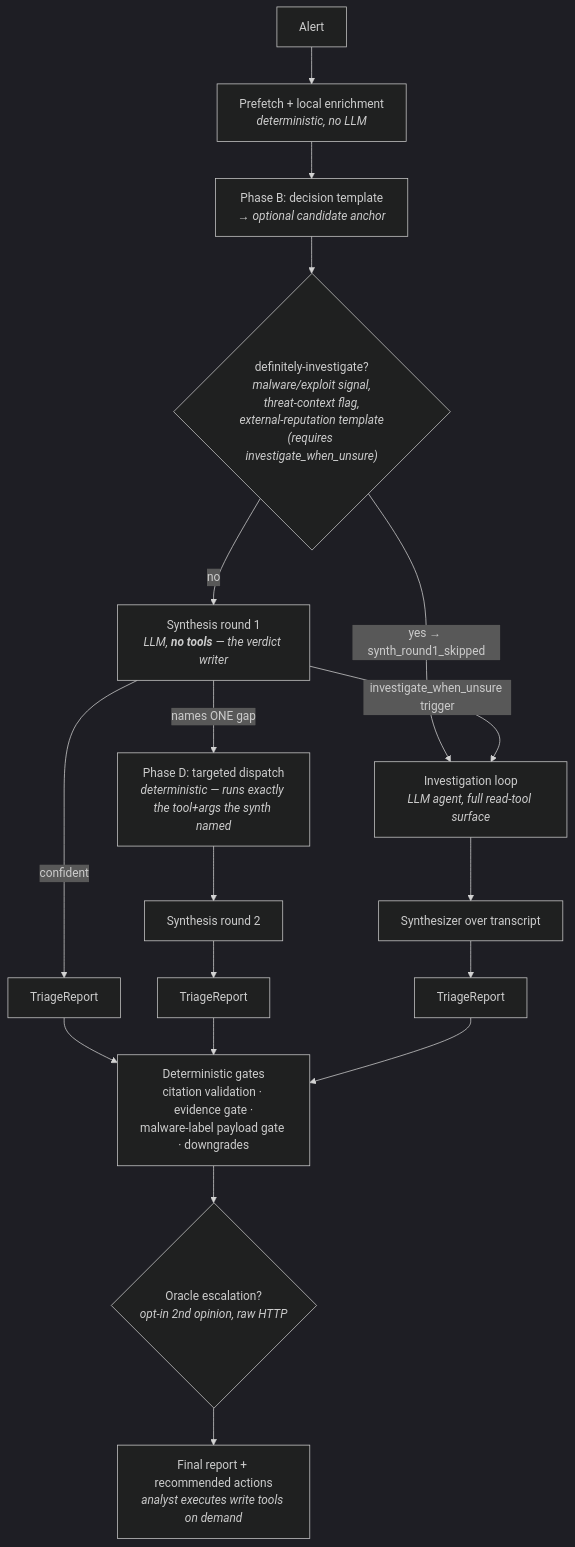
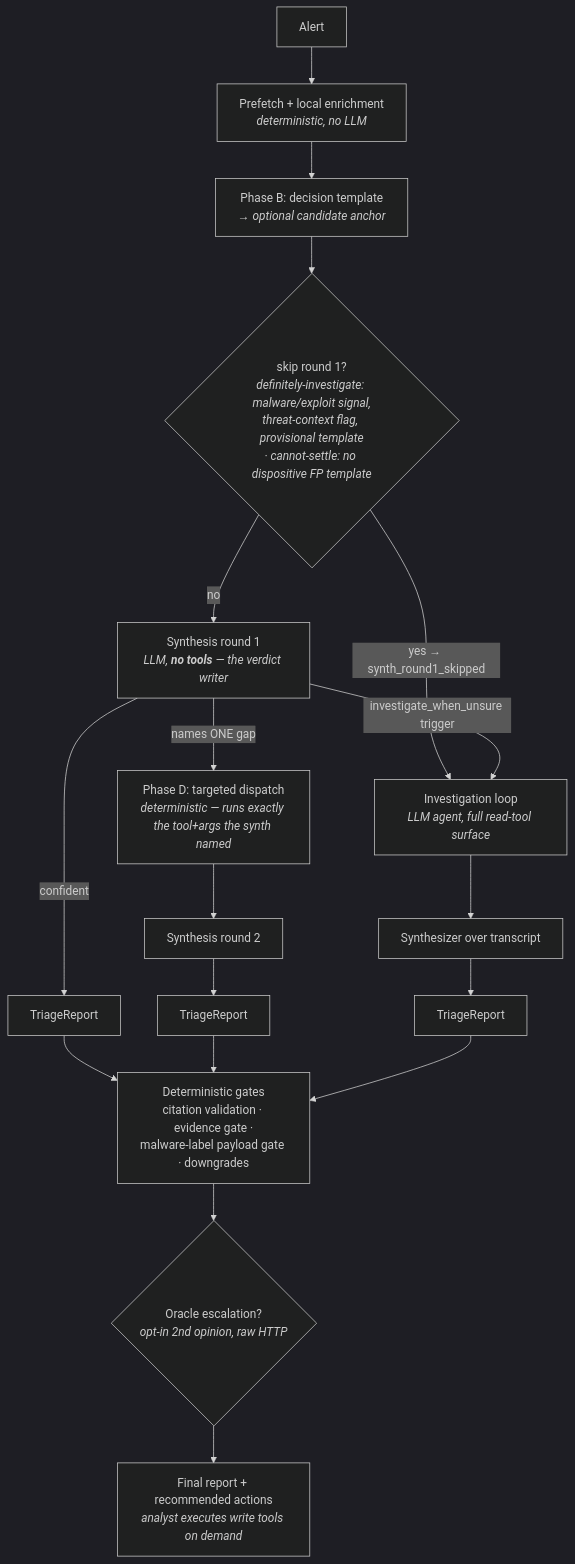
Before and after one commit to nuk3s/soc-ai: the diagram in docs/ARCHITECTURE.md, drawn with Mermaid (dark theme). The commit also changed other lines of this file and 576 other files, not shown here.

````diff
--- a/docs/ARCHITECTURE.md
+++ b/docs/ARCHITECTURE.md
@@ -54,16 +60,16 @@
 ```mermaid
 flowchart TD
     A[Alert] --> B[Prefetch + local enrichment<br/><i>deterministic, no LLM</i>]
     B --> C[Phase B: decision template<br/><i>→ optional candidate anchor</i>]
-    C --> DI{"definitely-investigate?<br/><i>malware/exploit signal,<br/>threat-context flag,<br/>external-reputation template<br/>(requires investigate_when_unsure)</i>"}
+    C --> DI{"skip round 1?<br/><i>definitely-investigate: malware/exploit signal,<br/>threat-context flag, provisional template<br/>· cannot-settle: no dispositive FP template</i>"}
     DI -- yes → synth_round1_skipped --> G[Investigation loop<br/><i>LLM agent, full read-tool surface</i>]
     DI -- no --> D[Synthesis round 1<br/><i>LLM, <b>no tools</b> — the verdict writer</i>]
     D -- confident --> R2[TriageReport]
     D -- names ONE gap --> E[Phase D: targeted dispatch<br/><i>deterministic — runs exactly the tool+args the synth named</i>]
     E --> F[Synthesis round 2] --> R3[TriageReport]
     D -- investigate_when_unsure trigger --> G
     G --> H[Synthesizer over transcript] --> R4[TriageReport]
     R2 & R3 & R4 --> I[Deterministic gates<br/>citation validation · evidence gate ·<br/>malware-label payload gate · downgrades]
     I --> J{Oracle escalation?<br/><i>opt-in 2nd opinion, raw HTTP</i>}
     J --> K[Final report + recommended actions<br/><i>analyst executes write tools on demand</i>]
 ```
````
